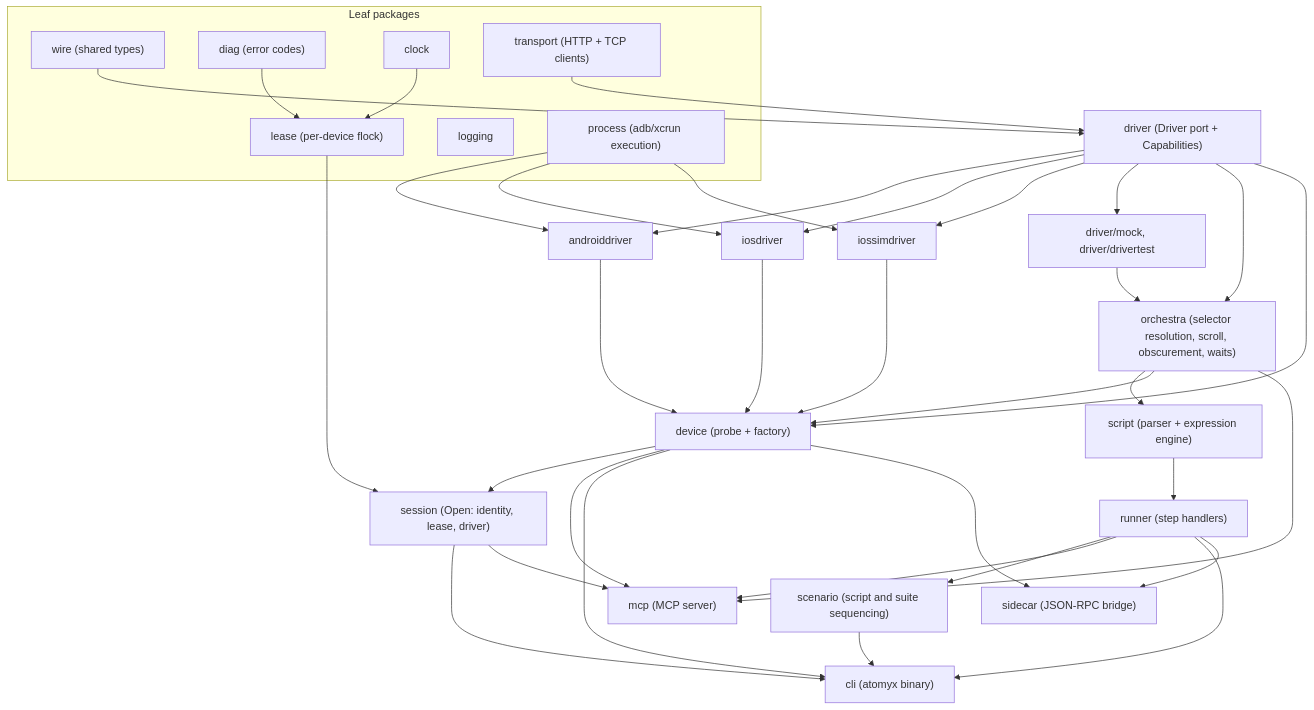
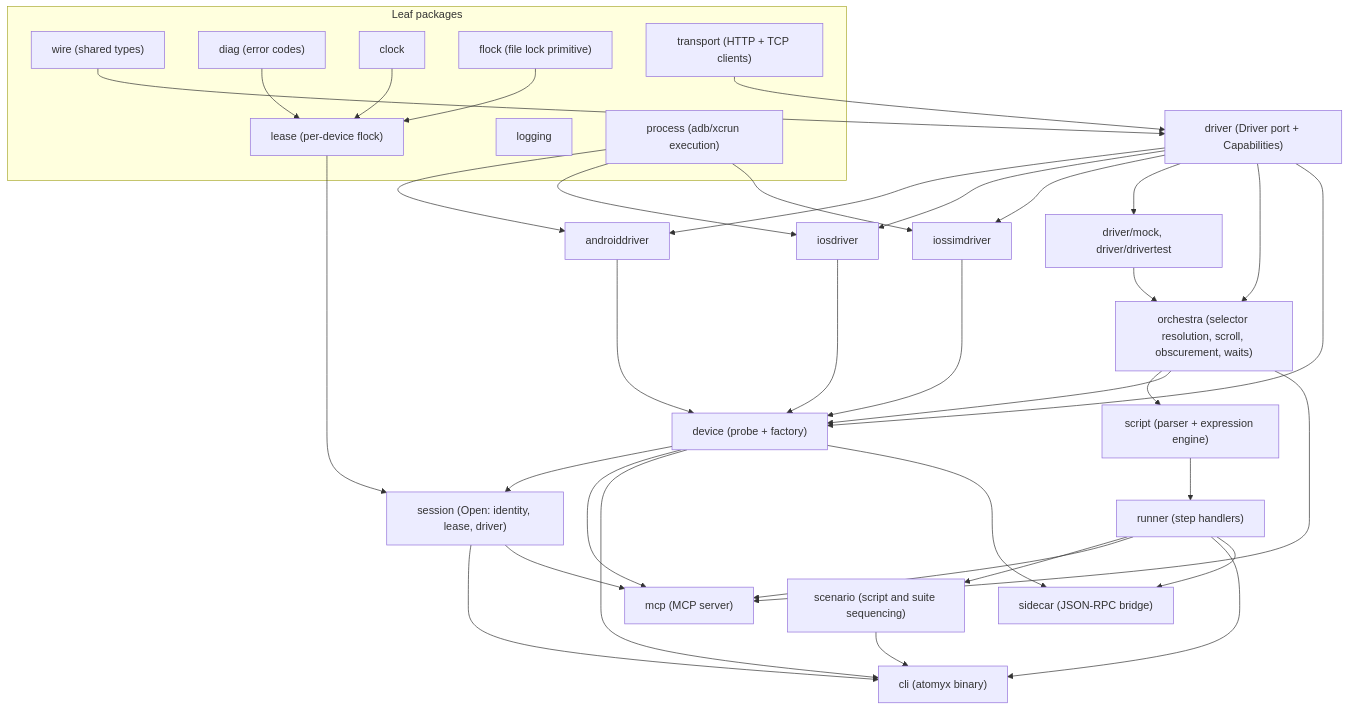
Before and after one commit to solrum/atomyx: the diagram in .claude/docs/architecture.md, drawn with Mermaid. The commit also changed other lines of this file and 10 other files, not shown here.

First line of the commit message:
refactor(flock): extract the file lock primitive into a leaf package

````diff
--- a/.claude/docs/architecture.md
+++ b/.claude/docs/architecture.md
@@ -32,63 +32,65 @@
 ```mermaid
 flowchart TB
     subgraph leaves["Leaf packages"]
         wire["wire (shared types)"]
         diag["diag (error codes)"]
         clock["clock"]
+        flock["flock (file lock primitive)"]
         lease["lease (per-device flock)"]
         logging["logging"]
         transport["transport (HTTP + TCP clients)"]
         process["process (adb/xcrun execution)"]
     end
 
     driver["driver (Driver port + Capabilities)"]
     drivermock["driver/mock, driver/drivertest"]
     androiddriver["androiddriver"]
     iosdriver["iosdriver"]
     iossimdriver["iossimdriver"]
     orchestra["orchestra (selector resolution, scroll, obscurement, waits)"]
     script["script (parser + expression engine)"]
     runner["runner (step handlers)"]
     scenario["scenario (script and suite sequencing)"]
     device["device (probe + factory)"]
     session["session (Open: identity, lease, driver)"]
 
     mcp["mcp (MCP server)"]
     cli["cli (atomyx binary)"]
     sidecar["sidecar (JSON-RPC bridge)"]
 
+    flock --> lease
     diag --> lease
     clock --> lease
     wire --> driver
     transport --> driver
     driver --> androiddriver
     driver --> iosdriver
     driver --> iossimdriver
     process --> androiddriver
     process --> iosdriver
     process --> iossimdriver
     driver --> drivermock
     driver --> orchestra
     drivermock --> orchestra
     orchestra --> script
     script --> runner
     runner --> scenario
     driver --> device
     androiddriver --> device
     iosdriver --> device
     iossimdriver --> device
     orchestra --> device
     device --> session
     lease --> session
     session --> cli
     session --> mcp
 
     orchestra --> mcp
     runner --> mcp
     device --> mcp
     runner --> cli
     device --> cli
     scenario --> cli
     device --> sidecar
     runner --> sidecar
 ```
````
